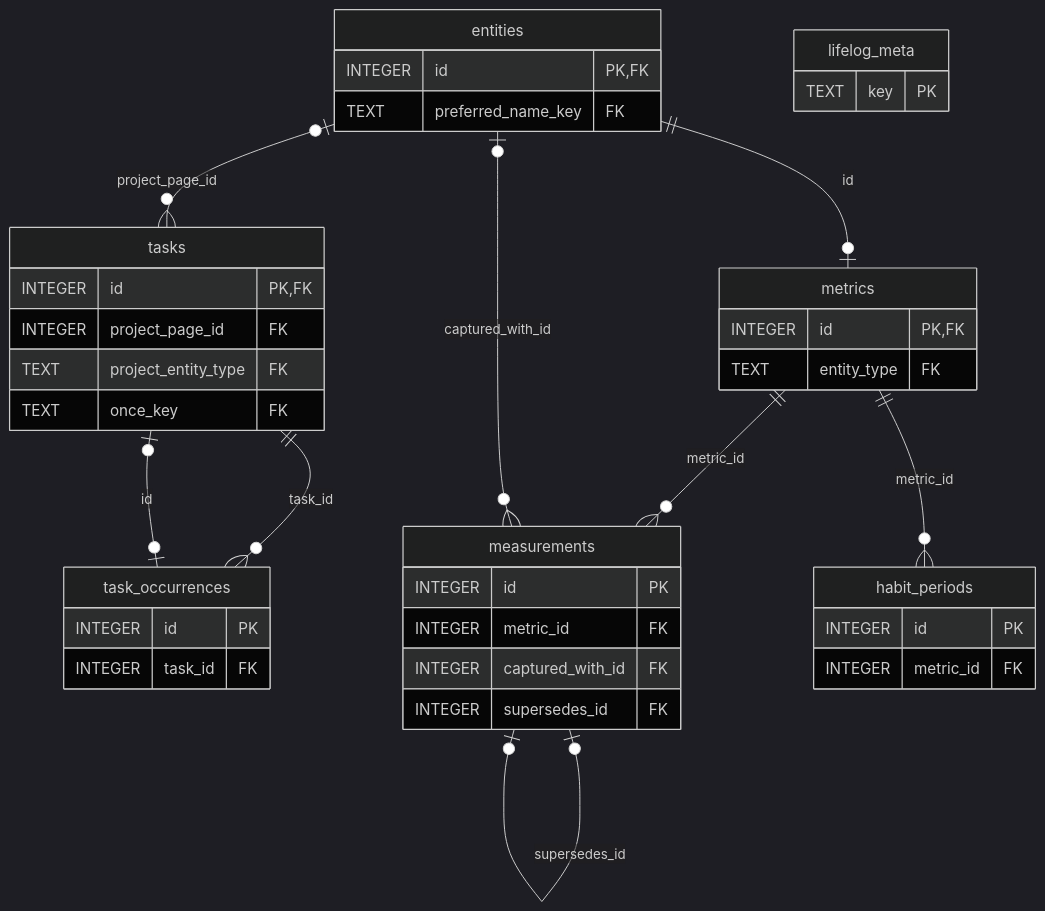
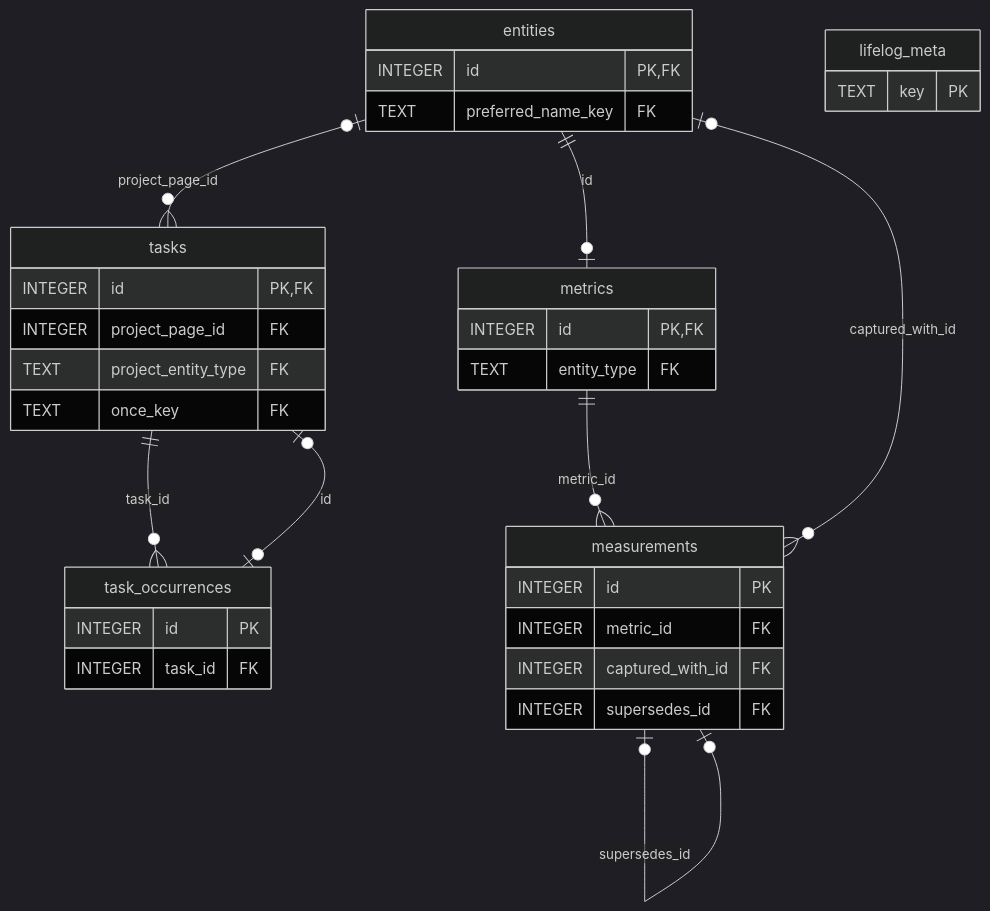
Before and after one commit to alexradunet/lifelogdb: the second of 2 diagrams in docs/architecture/entity-model.md, drawn with Mermaid (dark theme). The commit also changed other lines of this file and 102 other files, not shown here.

````diff
--- a/docs/architecture/entity-model.md
+++ b/docs/architecture/entity-model.md
@@ -65,44 +64,39 @@
 ```mermaid
 %% diagram: er-facts
 erDiagram
     entities    ||--o| metrics : "id"
     entities |o--o{ tasks : "project_page_id"
     tasks ||--o{ task_occurrences : "task_id"
     task_occurrences |o--o| tasks : "id"
     metrics     ||--o{ measurements : "metric_id"
     entities    |o--o{ measurements : "captured_with_id"
     measurements |o--o| measurements : "supersedes_id"
-    metrics     ||--o{ habit_periods : "metric_id"
 
     metrics {
         INTEGER id PK, FK
         TEXT entity_type FK
     }
     tasks {
         INTEGER id PK, FK
         INTEGER project_page_id FK
         TEXT project_entity_type FK
         TEXT once_key FK
     }
     task_occurrences {
         INTEGER id PK
         INTEGER task_id FK
     }
     measurements {
         INTEGER id PK
         INTEGER metric_id FK
         INTEGER captured_with_id FK
         INTEGER supersedes_id FK
     }
     entities {
         INTEGER id PK, FK
         TEXT preferred_name_key FK
     }
-    habit_periods {
-        INTEGER id PK
-        INTEGER metric_id FK
-    }
     lifelog_meta {
         TEXT key PK
     }
 ```
````
